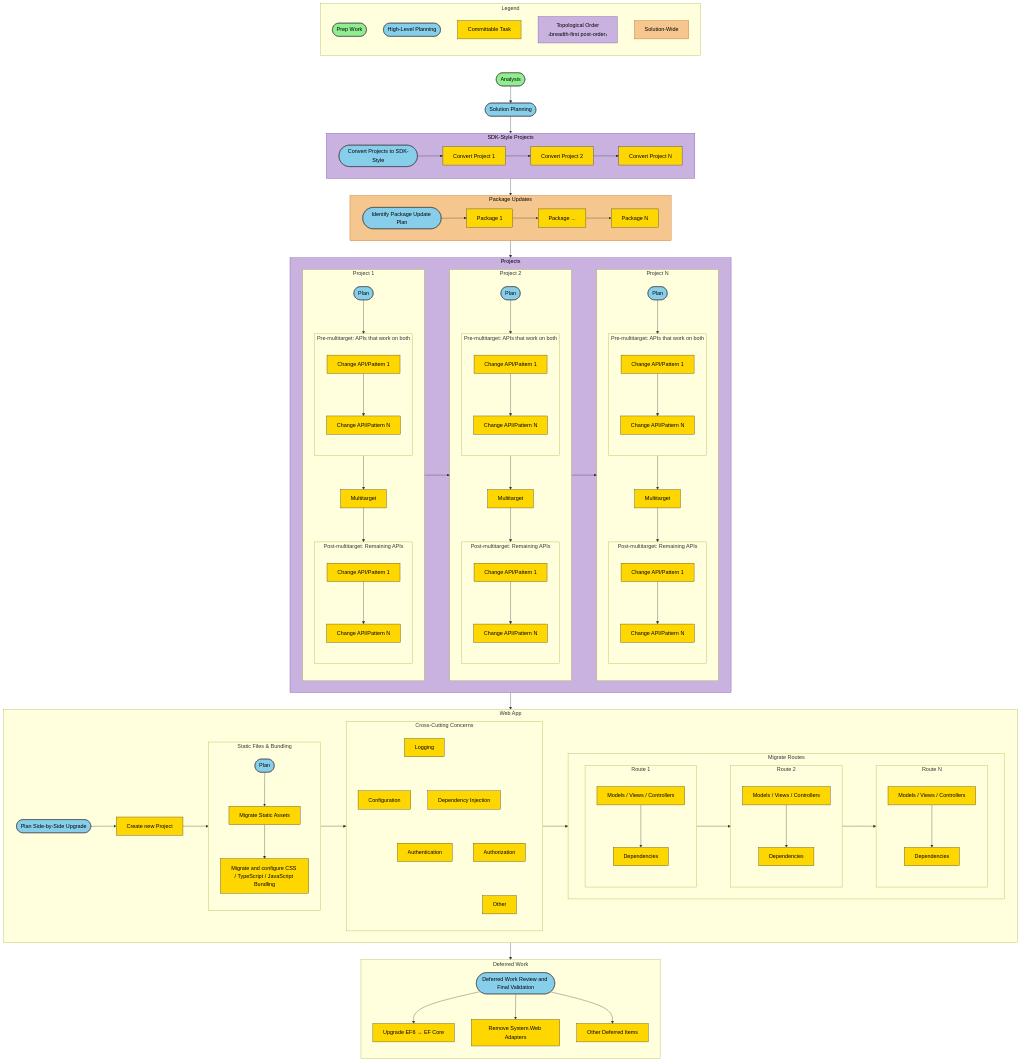
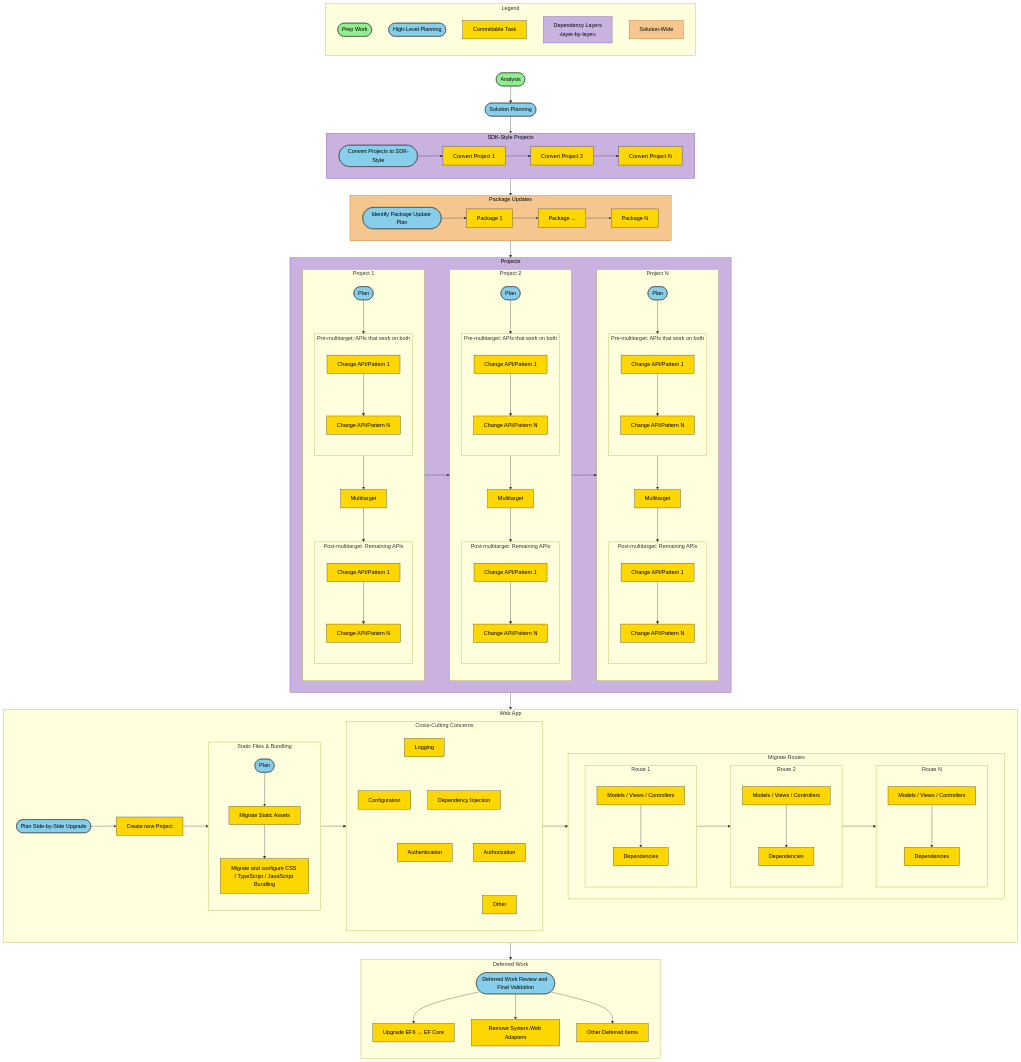
One commit to twsouthwick/fx2dotnet changed the first of 3 diagrams in README.md. Above: the diagram before and after it, drawn with Mermaid. The commit also changed other lines of this file, not shown here.

Commit message:
docs: update README to describe dependency layer traversal

```diff
--- a/README.md
+++ b/README.md
@@ -49,7 +49,7 @@
 
     A --> B
 
-    %% ── SDK-Style Conversion (Breadth First Post-Order with Build-Fix) ──
+    %% ── SDK-Style Conversion (Layer by Layer with Build-Fix) ──
     subgraph SDK ["SDK-Style Projects"]
         direction LR
         SDKP([Convert Projects to SDK-Style]):::planning
@@ -58,7 +58,7 @@
     end
     B --> SDK
 
-    %% ── Package Update Plan (Breadth First Post-Order Traversal) ──
+    %% ── Package Update Plan (Solution-Wide) ──
     subgraph PKG ["Package Updates"]
         direction LR
         PKGP([Identify Package Update Plan]):::planning
@@ -67,7 +67,7 @@
     end
     SDK --> PKG
 
-    %% ── In-Place Upgrades per Project (Breadth First Post-Order Traversal) ──
+    %% ── In-Place Upgrades per Project (Layer by Layer) ──
     subgraph INPLACE ["Projects"]
         direction LR
 
@@ -199,7 +199,7 @@
     classDef planning fill:#87CEEB,stroke:#333,color:#000
     classDef task fill:#FFD700,stroke:#333,color:#000
 
-    %% ── Topological-order phase shading ──
+    %% ── Dependency-layer phase shading ──
     style SDK fill:#C9B1E0,stroke:#6C4FA0,color:#000
     style INPLACE fill:#C9B1E0,stroke:#6C4FA0,color:#000
 
@@ -212,7 +212,7 @@
         LEG1([Prep Work]):::prep
         LEG2([High-Level Planning]):::planning
         LEG3[Committable Task]:::task
-        LEG4[Topological Order\n‹breadth-first post-order›]:::topo
+        LEG4[Dependency Layers\n‹layer-by-layer›]:::topo
         LEG5[Solution-Wide]:::swide
     end
     Legend ~~~ A
```
